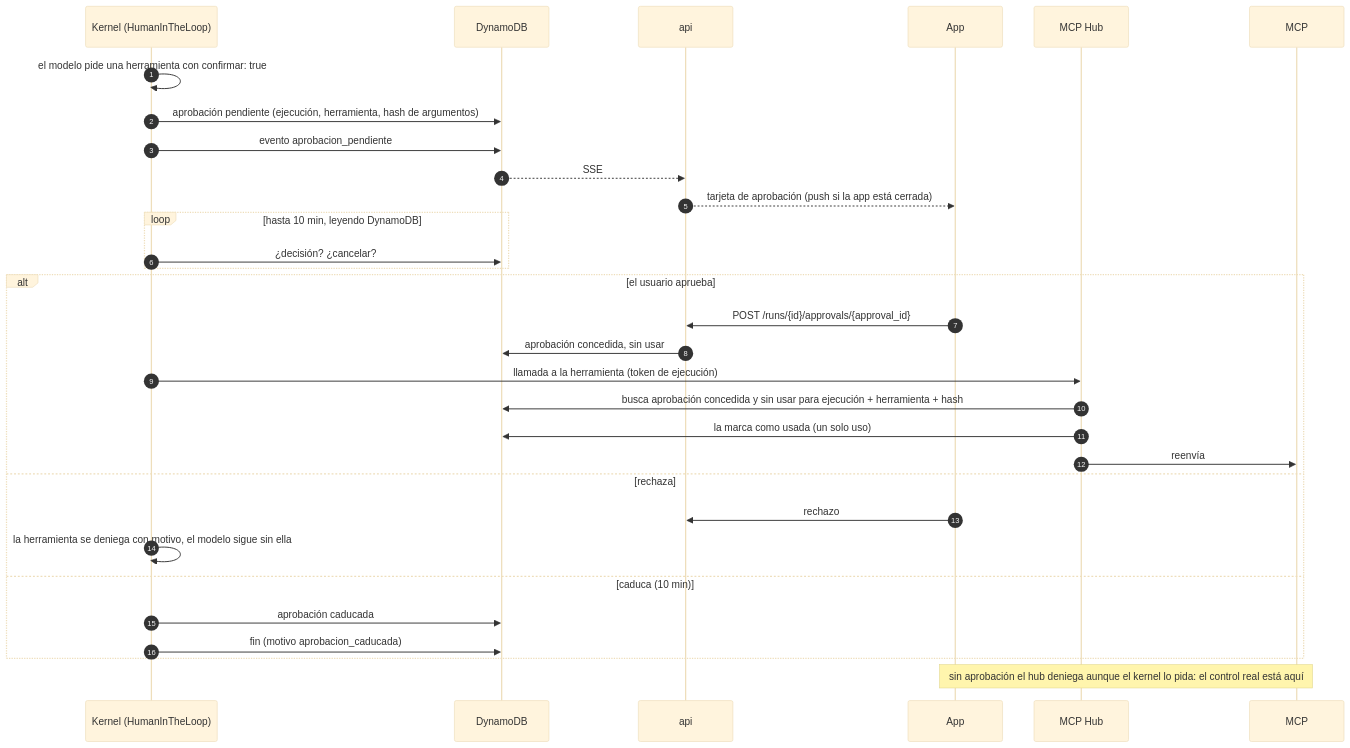
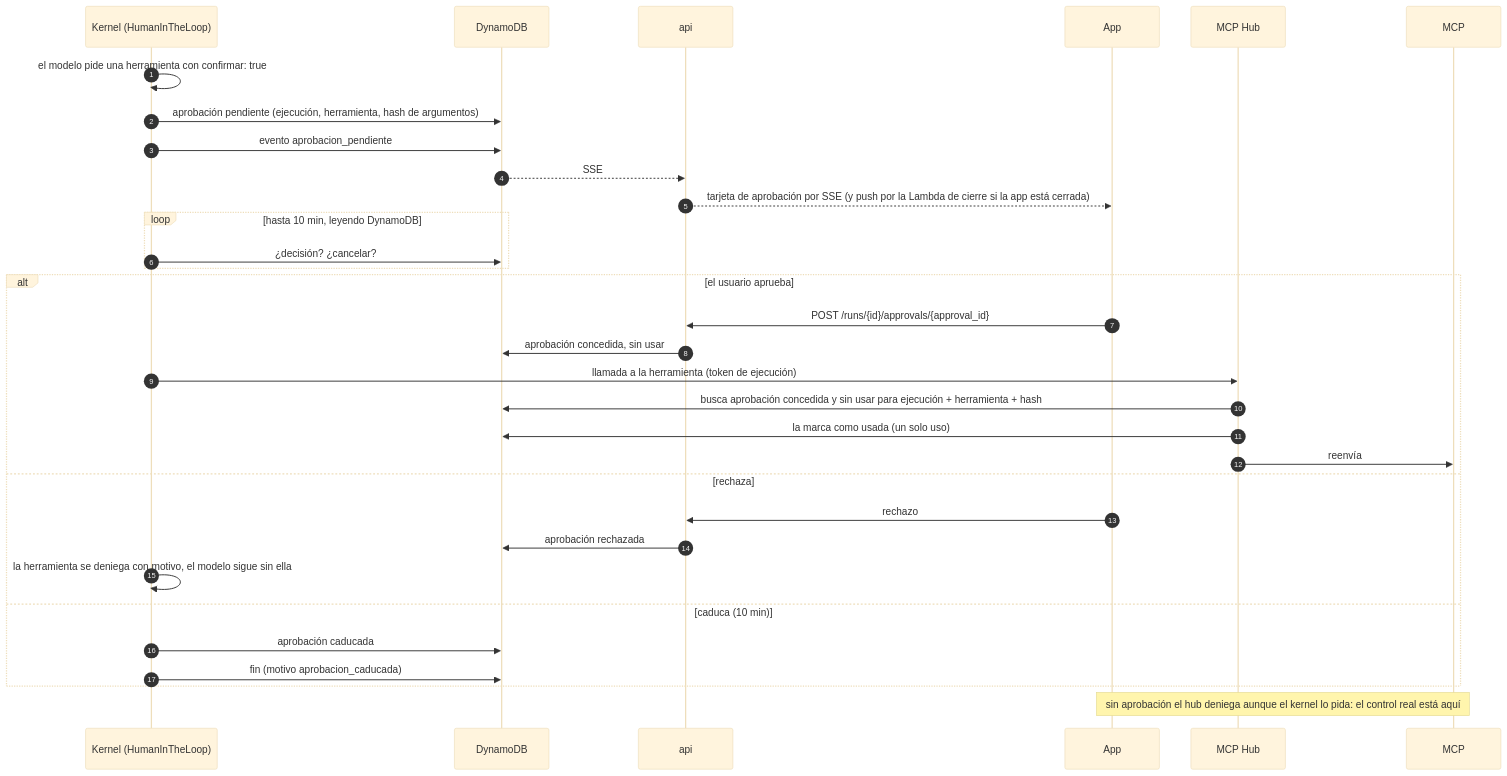
The fifth of 7 diagrams in docs/arquitectura-agentes.md (ikermendi/sample-agent-platform-with-agentcore), drawn with Mermaid (base theme) before and after one commit. The commit also changed other lines of this file and 1 other file, not shown here.

First line of the commit message:
docs: quinta revisión de coherencia (lanzadora como único firmante, auditoría por clave, permisos de admin y api, pilas, tablas)

````diff
--- a/docs/arquitectura-agentes.md
+++ b/docs/arquitectura-agentes.md
@@ -731,34 +737,35 @@
 ```mermaid
 sequenceDiagram
   autonumber
   participant K as Kernel (HumanInTheLoop)
   participant D as DynamoDB
   participant API as api
   participant App as App
   participant H as MCP Hub
   participant M as MCP
 
   K->>K: el modelo pide una herramienta con confirmar: true
   K->>D: aprobación pendiente (ejecución, herramienta, hash de argumentos)
   K->>D: evento aprobacion_pendiente
   D-->>API: SSE
-  API-->>App: tarjeta de aprobación (push si la app está cerrada)
+  API-->>App: tarjeta de aprobación por SSE (y push por la Lambda de cierre si la app está cerrada)
   loop hasta 10 min, leyendo DynamoDB
     K->>D: ¿decisión? ¿cancelar?
   end
   alt el usuario aprueba
     App->>API: POST /runs/{id}/approvals/{approval_id}
     API->>D: aprobación concedida, sin usar
     K->>H: llamada a la herramienta (token de ejecución)
     H->>D: busca aprobación concedida y sin usar para ejecución + herramienta + hash
     H->>D: la marca como usada (un solo uso)
     H->>M: reenvía
   else rechaza
     App->>API: rechazo
+    API->>D: aprobación rechazada
     K->>K: la herramienta se deniega con motivo, el modelo sigue sin ella
   else caduca (10 min)
     K->>D: aprobación caducada
     K->>D: fin (motivo aprobacion_caducada)
   end
   Note over App,M: sin aprobación el hub deniega aunque el kernel lo pida: el control real está aquí
 ```
````
